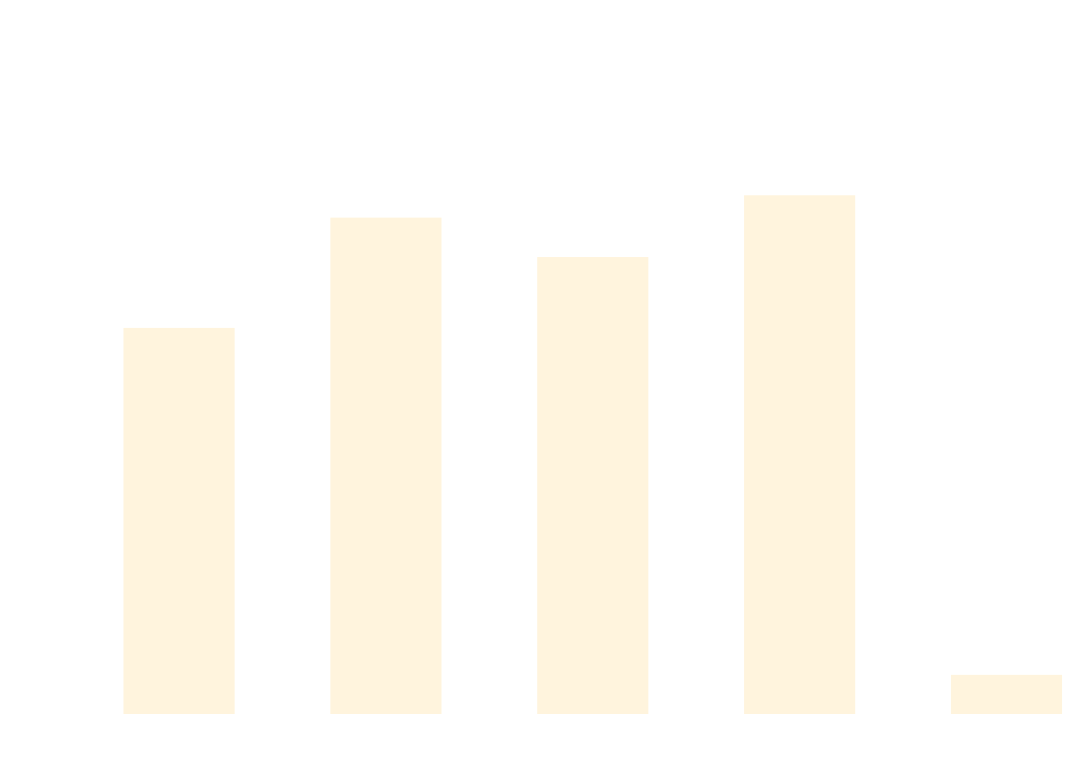
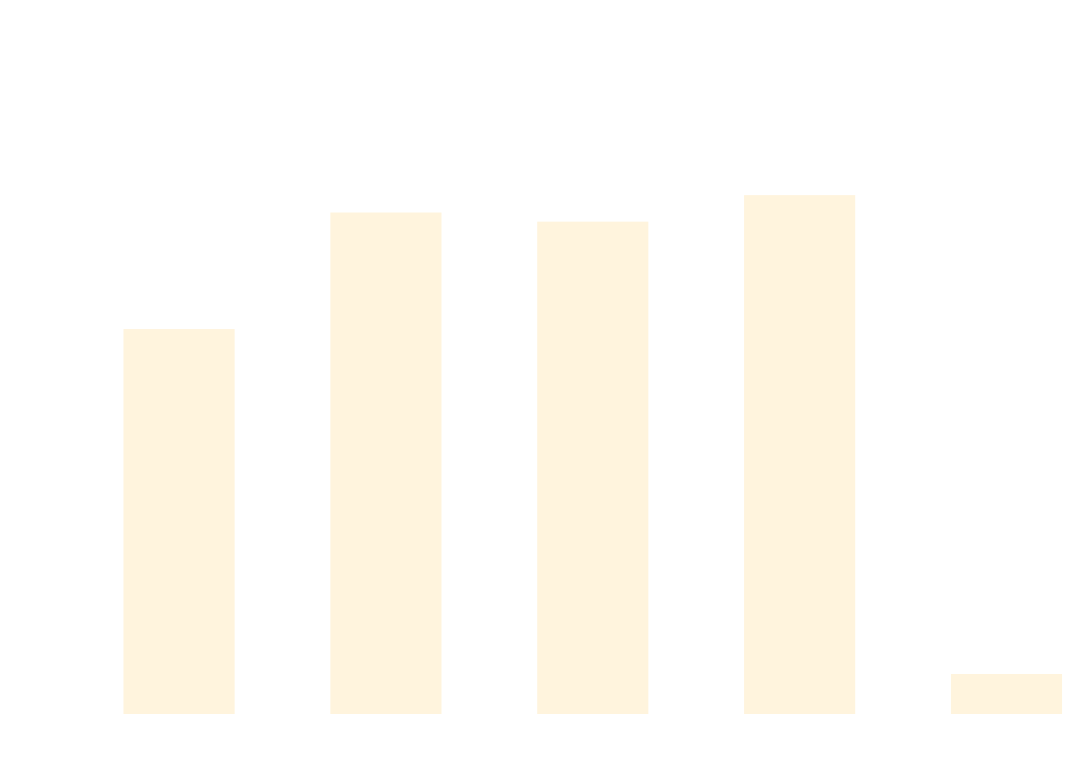
One commit to thomhurst/TUnit changed the diagram in docs/docs/benchmarks/ScaleTests.md. Above: the diagram before and after it, drawn with Mermaid. The commit also changed other lines of this file and 17 other files, not shown here.

````diff
--- a/docs/docs/benchmarks/ScaleTests.md
+++ b/docs/docs/benchmarks/ScaleTests.md
@@ -27,37 +27,37 @@
 ```mermaid
 %%{init: {
   'theme':'base',
   'themeVariables': {
     'primaryColor': '#2563eb',
     'primaryTextColor': '#ffffff',
     'primaryBorderColor': '#1e40af',
     'lineColor': '#6b7280',
     'secondaryColor': '#7c3aed',
     'tertiaryColor': '#dc2626',
     'background': '#ffffff',
     'mainBkg': '#2563eb',
     'secondBkg': '#7c3aed',
     'tertiaryBkg': '#dc2626',
     'clusterBkg': '#f3f4f6',
     'edgeLabelBackground': '#ffffff',
     'tertiaryTextColor': '#1f2937',
     'pie1': '#2563eb',
     'pie2': '#7c3aed',
     'pie3': '#dc2626',
     'pie4': '#f59e0b',
     'pie5': '#10b981',
     'pie6': '#06b6d4',
     'pie7': '#ec4899',
     'pie8': '#6366f1',
     'pie9': '#84cc16',
     'pie10': '#f97316',
     'pie11': '#14b8a6',
     'pie12': '#a855f7'
   }
 }}%%
 xychart-beta
   title "ScaleTests Performance Comparison"
   x-axis ["TUnit", "NUnit", "MSTest", "xUnit3", "TUnit_AOT"]
-  y-axis "Time (ms)" 0 --> 746
-  bar [458.47, 593.89, 545.46, 621.32, 32.42]
+  y-axis "Time (ms)" 0 --> 756
+  bar [463.16, 608.21, 596.83, 629.83, 33.93]
 ```
````
